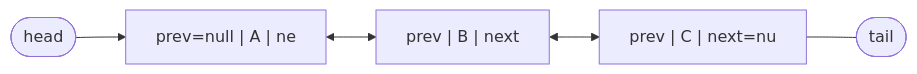
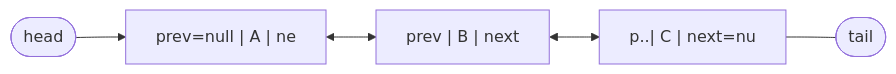
One commit to yjkim2015/yjkim2015.github.io changed the fourth of 21 diagrams in _posts/java/2026-05-01-java-collections.md. Above: the diagram before and after it, drawn with Mermaid. The commit also changed other lines of this file and 149 other files, not shown here.

First line of the commit message:
Mermaid 가독성 개선: 라벨 축약, 노드 축소, TD→LR 변환

````diff
--- a/_posts/java/2026-05-01-java-collections.md
+++ b/_posts/java/2026-05-01-java-collections.md
@@ -123,12 +123,12 @@
 ```mermaid
 graph LR
     HEAD(["head"])
     TAIL(["tail"])
     A["prev=null | A | ne"]
     B["prev | B | next"]
-    C["prev | C | next=nu"]
+    C["p..| C | next=nu"]
     HEAD --> A
     A <--> B
     B <--> C
     C --- TAIL
 ```
````
